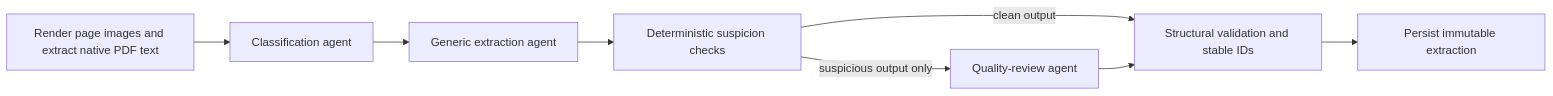
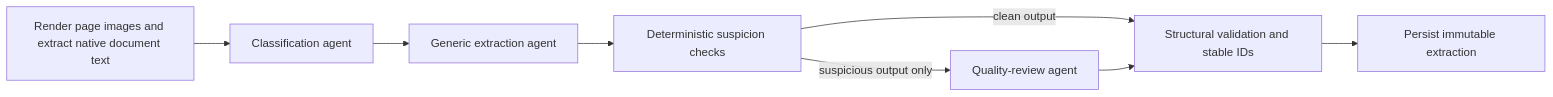
Before and after one commit to SriCharanGundla/CAssist: the third of 4 diagrams in ARCHITECTURE.md, drawn with Mermaid. The commit also changed other lines of this file and 9 other files, not shown here.

````diff
--- a/ARCHITECTURE.md
+++ b/ARCHITECTURE.md
@@ -910,10 +915,10 @@
 ```mermaid
 flowchart LR
-    PRE["Render page images and extract native PDF text"] --> CLASSIFY["Classification agent"]
+    PRE["Render page images and extract native document text"] --> CLASSIFY["Classification agent"]
     CLASSIFY --> EXTRACT["Generic extraction agent"]
     EXTRACT --> CHECK["Deterministic suspicion checks"]
     CHECK -->|"suspicious output only"| QUALITY["Quality-review agent"]
     CHECK -->|"clean output"| STRUCTURE["Structural validation and stable IDs"]
     QUALITY --> STRUCTURE
     STRUCTURE --> PERSIST["Persist immutable extraction"]
 ```
````
